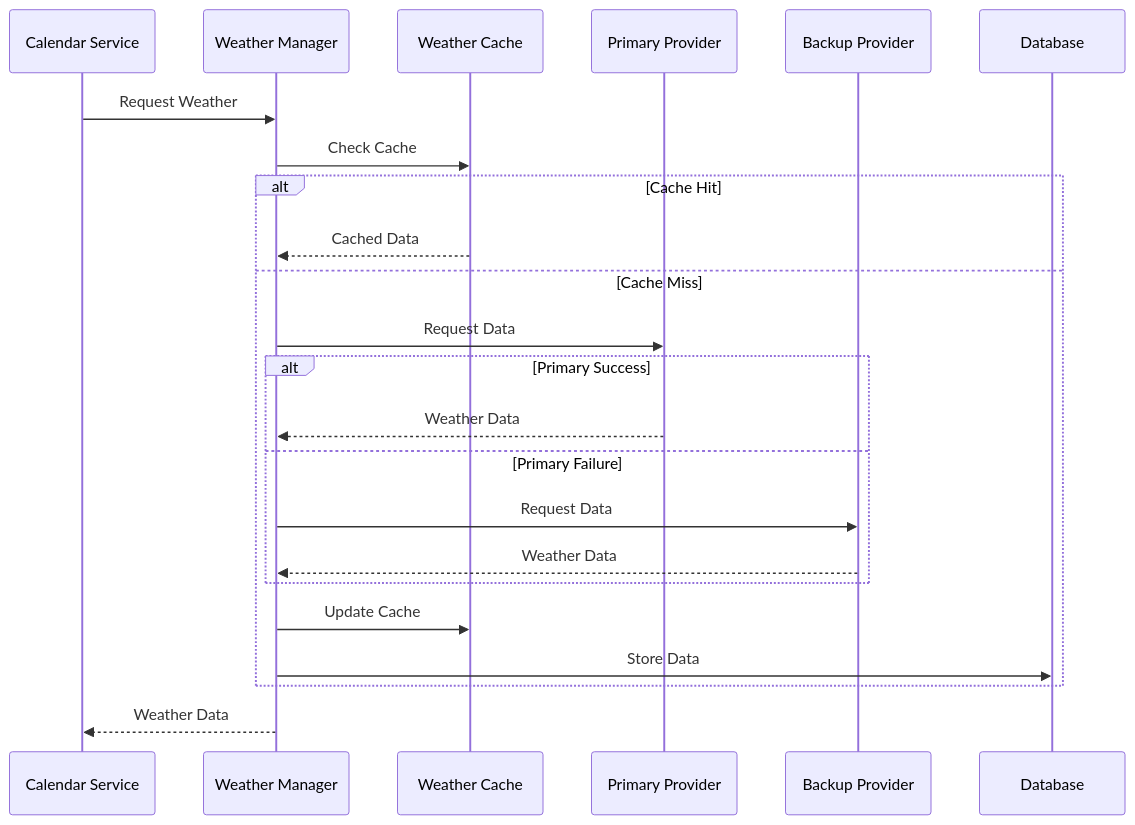
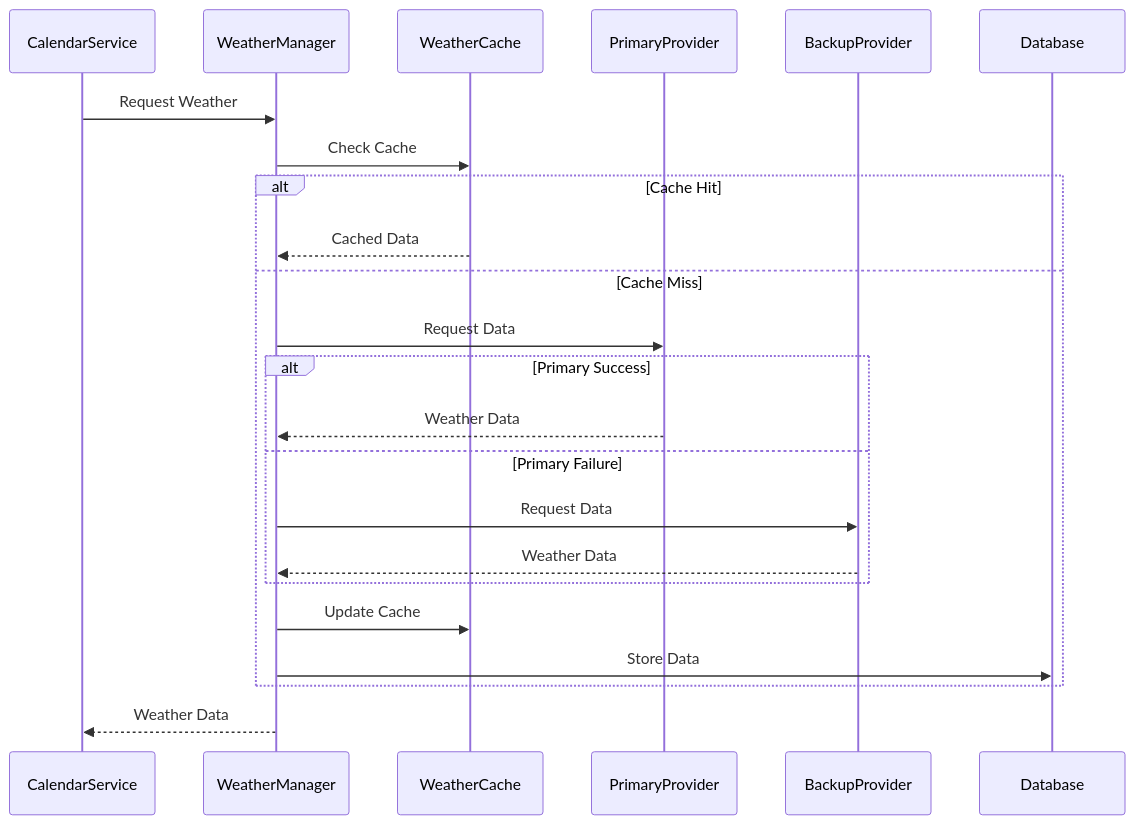
One commit to nasula/golfcal2 changed the third of 4 diagrams in docs/architecture/overview.md. Above: the diagram before and after it, drawn with Mermaid. The commit also changed other lines of this file and 1 other file, not shown here.

````diff
--- a/docs/architecture/overview.md
+++ b/docs/architecture/overview.md
@@ -89,26 +134,26 @@
 ```mermaid
 sequenceDiagram
-    participant CS as Calendar Service
-    participant WM as Weather Manager
-    participant Cache as Weather Cache
-    participant Primary as Primary Provider
-    participant Backup as Backup Provider
+    participant CS as CalendarService
+    participant WM as WeatherManager
+    participant Cache as WeatherCache
+    participant Primary as PrimaryProvider
+    participant Backup as BackupProvider
     participant DB as Database
 
     CS->>WM: Request Weather
     WM->>Cache: Check Cache
     alt Cache Hit
         Cache-->>WM: Cached Data
     else Cache Miss
         WM->>Primary: Request Data
         alt Primary Success
             Primary-->>WM: Weather Data
         else Primary Failure
             WM->>Backup: Request Data
             Backup-->>WM: Weather Data
         end
         WM->>Cache: Update Cache
         WM->>DB: Store Data
     end
     WM-->>CS: Weather Data
 ```
````
